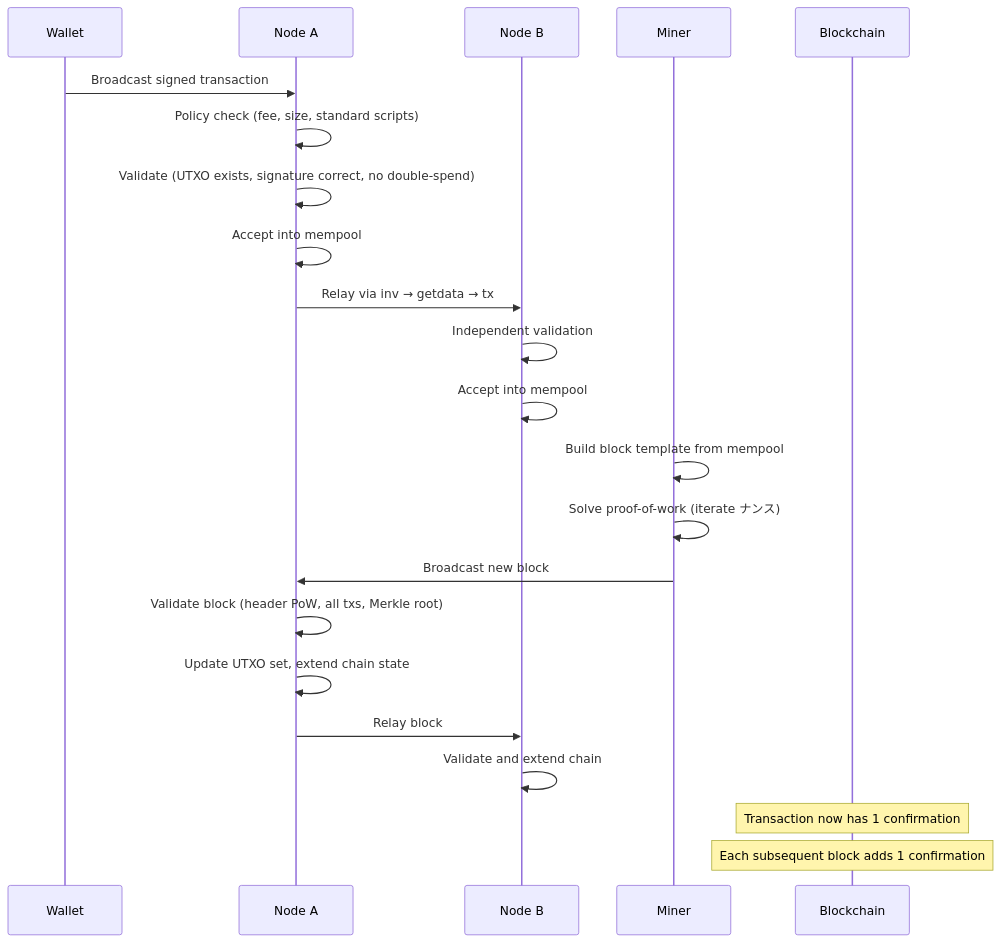
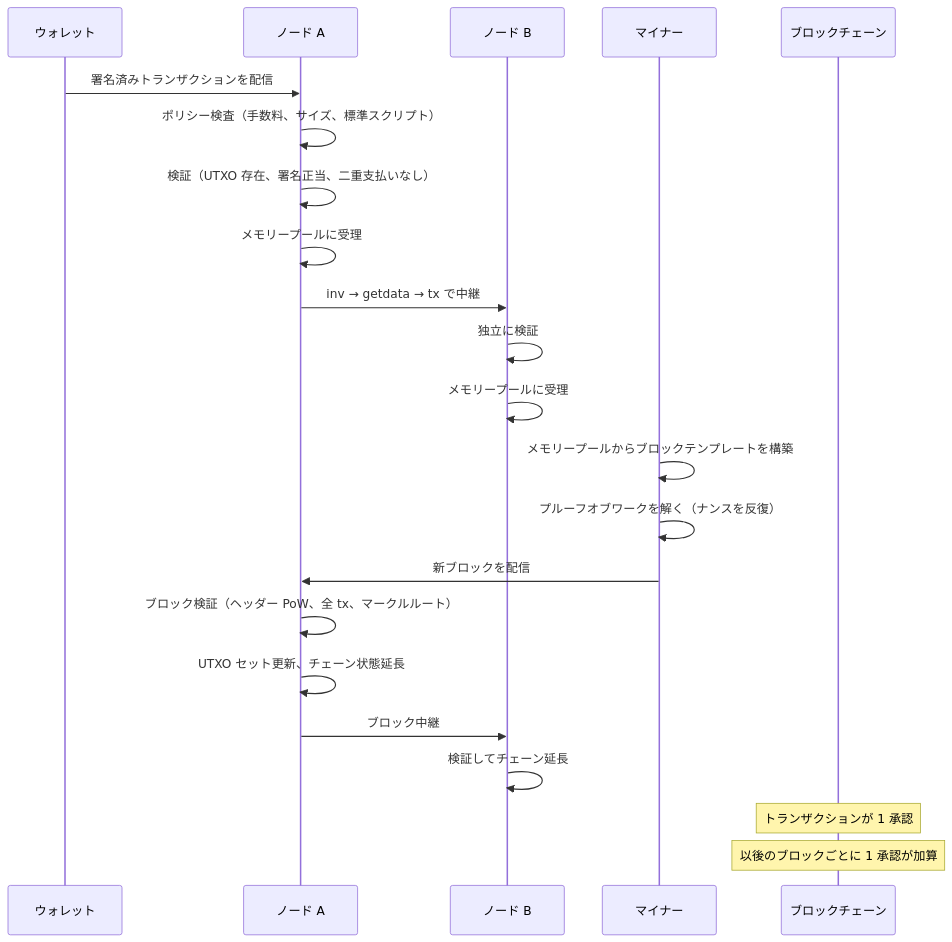
Before and after one commit to cypher256/BitcoinArchive: the third of 5 diagrams in src/data/translations/ja/design/2009-01-03-bitcoin-system-design-overview.md, drawn with Mermaid. The commit also changed other lines of this file and 11 other files, not shown here.

````diff
--- a/src/data/translations/ja/design/2009-01-03-bitcoin-system-design-overview.md
+++ b/src/data/translations/ja/design/2009-01-03-bitcoin-system-design-overview.md
@@ -136,30 +136,30 @@
 ```mermaid
 sequenceDiagram
-    participant W as Wallet
-    participant N1 as Node A
-    participant N2 as Node B
-    participant M as Miner
-    participant BC as Blockchain
+    participant W as ウォレット
+    participant N1 as ノード A
+    participant N2 as ノード B
+    participant M as マイナー
+    participant BC as ブロックチェーン
 
-    W->>N1: Broadcast signed transaction
-    N1->>N1: Policy check (fee, size, standard scripts)
-    N1->>N1: Validate (UTXO exists, signature correct, no double-spend)
-    N1->>N1: Accept into mempool
+    W->>N1: 署名済みトランザクションを配信
+    N1->>N1: ポリシー検査（手数料、サイズ、標準スクリプト）
+    N1->>N1: 検証（UTXO 存在、署名正当、二重支払いなし）
+    N1->>N1: メモリープールに受理
 
-    N1->>N2: Relay via inv → getdata → tx
-    N2->>N2: Independent validation
-    N2->>N2: Accept into mempool
+    N1->>N2: inv → getdata → tx で中継
+    N2->>N2: 独立に検証
+    N2->>N2: メモリープールに受理
 
-    M->>M: Build block template from mempool
-    M->>M: Solve proof-of-work (iterate ナンス)
-    M->>N1: Broadcast new block
+    M->>M: メモリープールからブロックテンプレートを構築
+    M->>M: プルーフオブワークを解く（ナンスを反復）
+    M->>N1: 新ブロックを配信
 
-    N1->>N1: Validate block (header PoW, all txs, Merkle root)
-    N1->>N1: Update UTXO set, extend chain state
-    N1->>N2: Relay block
+    N1->>N1: ブロック検証（ヘッダー PoW、全 tx、マークルルート）
+    N1->>N1: UTXO セット更新、チェーン状態延長
+    N1->>N2: ブロック中継
 
-    N2->>N2: Validate and extend chain
+    N2->>N2: 検証してチェーン延長
 
-    Note over BC: Transaction now has 1 confirmation
-    Note over BC: Each subsequent block adds 1 confirmation
+    Note over BC: トランザクションが 1 承認
+    Note over BC: 以後のブロックごとに 1 承認が加算
 ```
````
